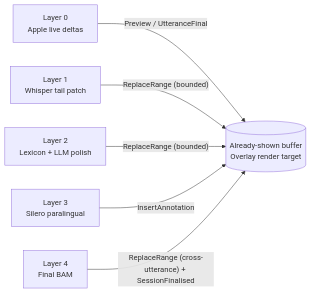
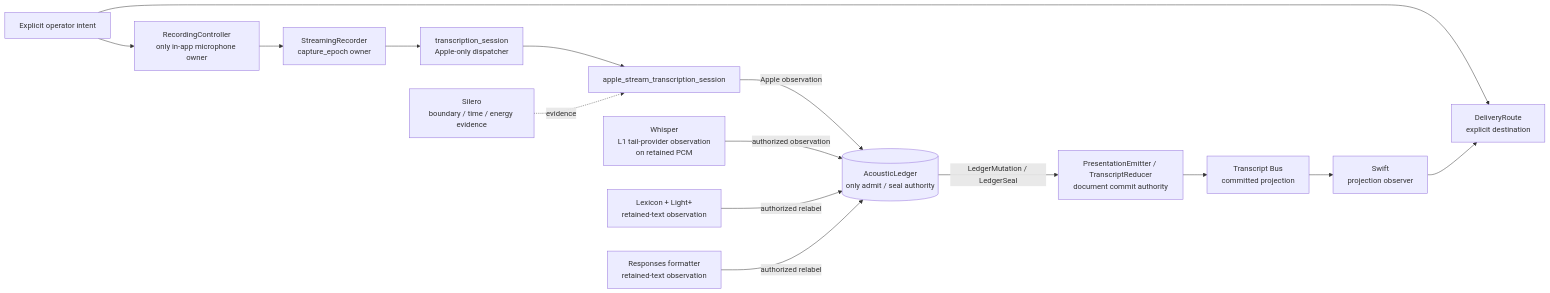
The first of 2 diagrams in docs/OVERLAY_STREAMING.md (vetcoders/codescribe), drawn with Mermaid before and after one commit. The commit also changed other lines of this file and 728 other files, not shown here.

````diff
--- a/docs/OVERLAY_STREAMING.md
+++ b/docs/OVERLAY_STREAMING.md
@@ -35,15 +20,32 @@
 ```mermaid
 flowchart LR
-    L0[Layer 0<br/>Apple live deltas]
-    L1[Layer 1<br/>Whisper tail patch]
-    L2[Layer 2<br/>Lexicon + LLM polish]
-    L3[Layer 3<br/>Silero paralingual]
-    L4[Layer 4<br/>Final BAM]
-    BUF[(Already-shown buffer<br/>Overlay render target)]
+    INTENT[Explicit operator intent]
+    CONTROLLER[RecordingController<br/>only in-app microphone owner]
+    RECORDER[StreamingRecorder<br/>capture_epoch owner]
+    DISPATCH[transcription_session<br/>Apple-only dispatcher]
+    APPLE[apple_stream_transcription_session]
+    SILERO[Silero<br/>boundary / time / energy evidence]
+    WHISPER[Whisper<br/>L1 tail-provider observation<br/>on retained PCM]
+    LEXICON[Lexicon + Light+<br/>retained-text observation]
+    FORMATTER[Responses formatter<br/>retained-text observation]
+    LEDGER[(AcousticLedger<br/>only admit / seal authority)]
+    REDUCER[PresentationEmitter / TranscriptReducer<br/>document commit authority]
+    BUS[Transcript Bus<br/>committed projection]
+    SWIFT[Swift<br/>projection observer]
+    ROUTE[DeliveryRoute<br/>explicit destination]
 
-    L0 -- Preview / UtteranceFinal --> BUF
-    L1 -- ReplaceRange (bounded) --> BUF
-    L2 -- ReplaceRange (bounded) --> BUF
-    L3 -- InsertAnnotation --> BUF
-    L4 -- ReplaceRange (cross-utterance) + SessionFinalised --> BUF
+    INTENT --> CONTROLLER
+    CONTROLLER --> RECORDER
+    RECORDER --> DISPATCH
+    DISPATCH --> APPLE
+    SILERO -. evidence .-> APPLE
+    APPLE -- Apple observation --> LEDGER
+    WHISPER -- authorized observation --> LEDGER
+    LEXICON -- authorized relabel --> LEDGER
+    FORMATTER -- authorized relabel --> LEDGER
+    LEDGER -- LedgerMutation / LedgerSeal --> REDUCER
+    REDUCER --> BUS
+    BUS --> SWIFT
+    INTENT --> ROUTE
+    SWIFT --> ROUTE
 ```
````
